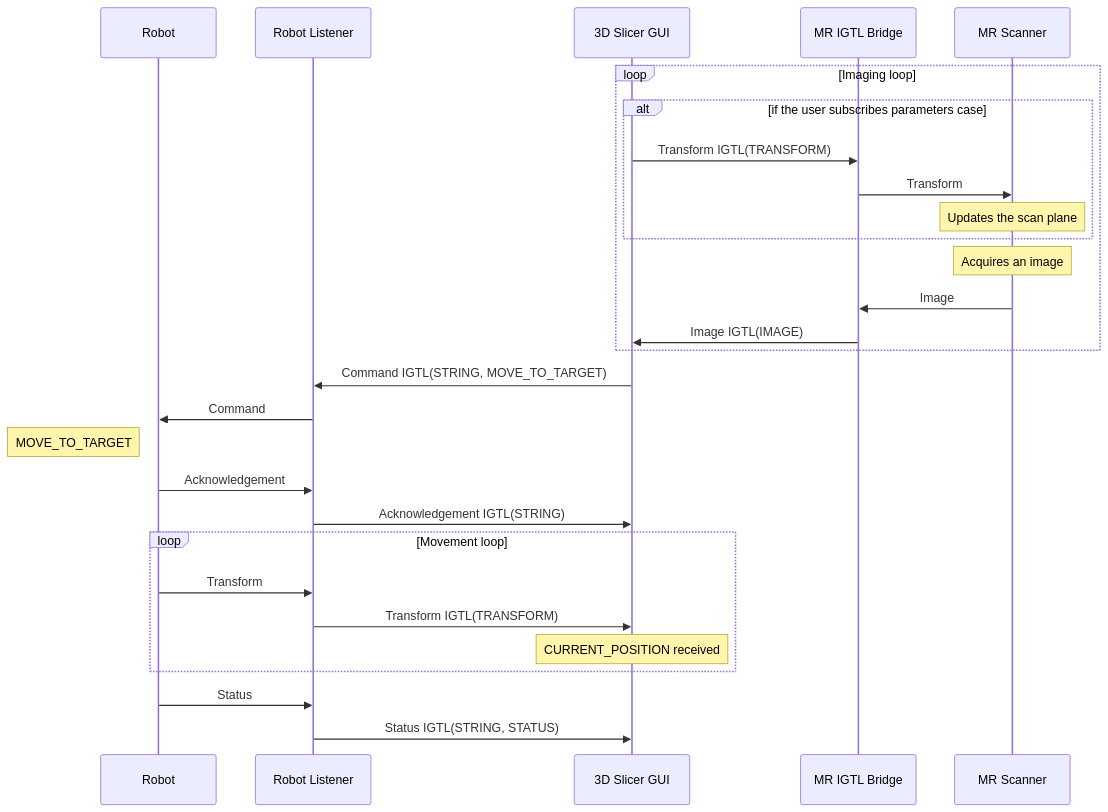
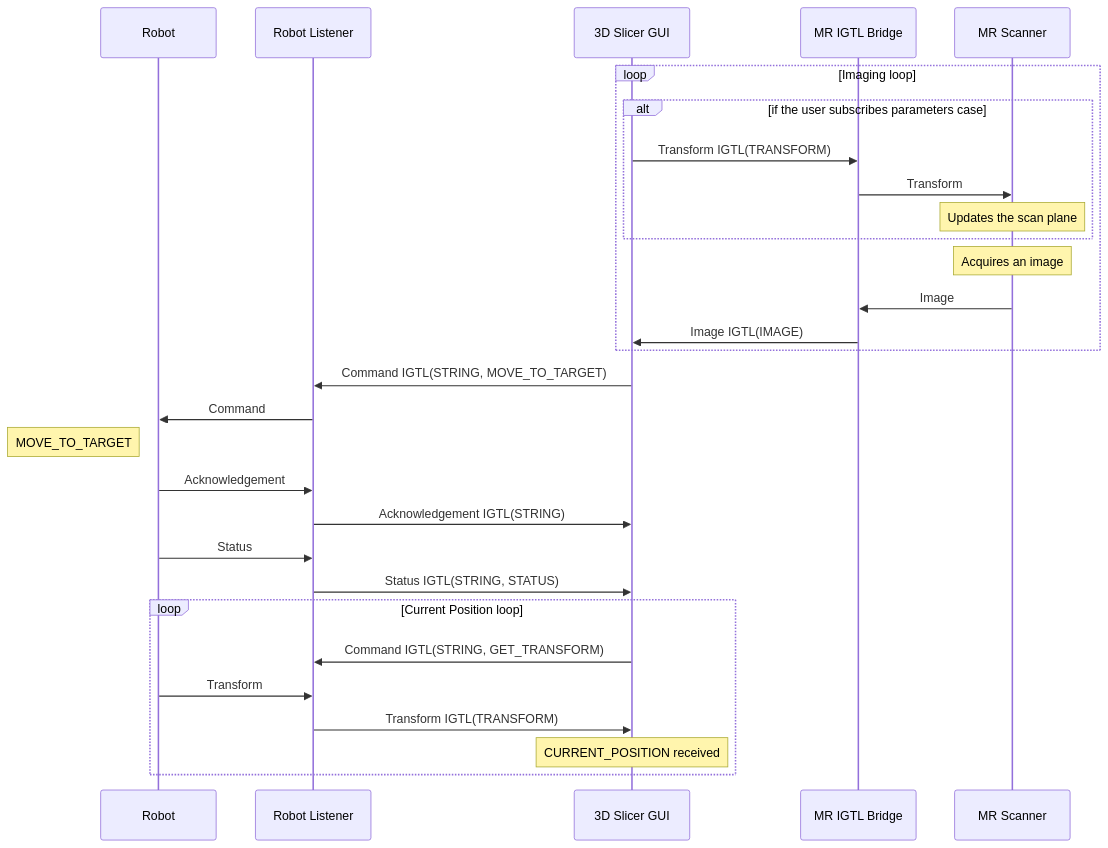
One commit to ProstateBRP/BRPRobot2021 changed the sixth of 6 diagrams in README.md. Above: the diagram before and after it, drawn with Mermaid. The commit also changed other lines of this file, not shown here.

````diff
--- a/README.md
+++ b/README.md
@@ -250,35 +284,37 @@
 ```mermaid
 sequenceDiagram
 
 participant R as Robot
 participant RL as Robot Listener
 participant SGUI as 3D Slicer GUI
 participant MRIGTL  as MR IGTL Bridge
 participant MRS as MR Scanner
 
 loop Imaging loop
 alt if the user subscribes parameters case
 SGUI->>MRIGTL:Transform IGTL(TRANSFORM)
 MRIGTL->>MRS:Transform
 note over MRS:Updates the scan plane
 end
 note over MRS:Acquires an image
 MRS->>MRIGTL:Image
 MRIGTL->>SGUI:Image IGTL(IMAGE)
 end
 
 SGUI->>RL:Command IGTL(STRING, MOVE_TO_TARGET)
 RL->>R:Command
 
 note left of R:MOVE_TO_TARGET
 R->>RL:Acknowledgement
 RL->>SGUI:Acknowledgement IGTL(STRING)
-loop Movement loop
+
+R->>RL:Status
+RL->>SGUI:Status IGTL(STRING, STATUS)
+
+loop Current Position loop
+SGUI->>RL:Command IGTL(STRING, GET_TRANSFORM)
 R->>RL:Transform
 RL->>SGUI:Transform IGTL(TRANSFORM)
 note over SGUI:CURRENT_POSITION received
 end
-
-R->>RL:Status
-RL->>SGUI:Status IGTL(STRING, STATUS)
 ```
````
